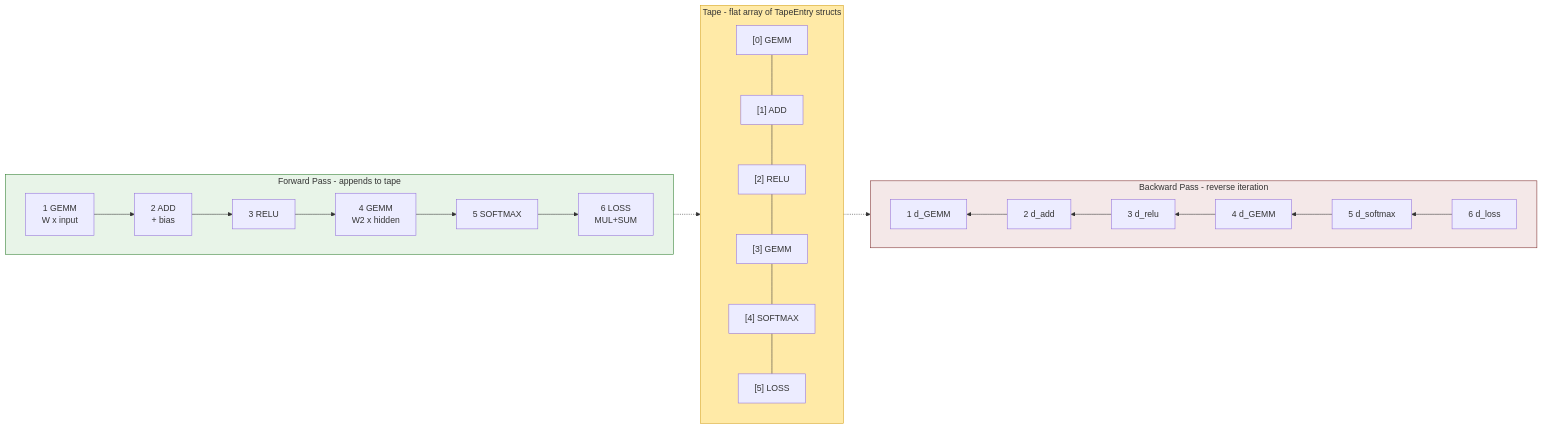
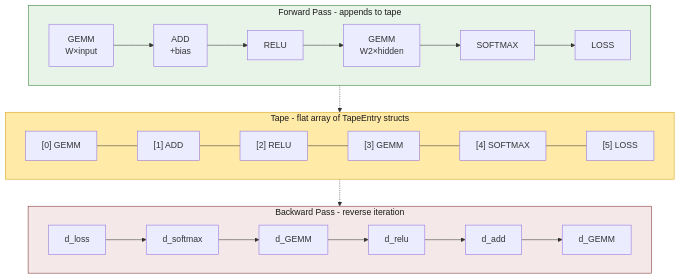
One commit to codevardhan/codevardhan.github.io changed the third of 13 diagrams in src/content/projects/paragrad-engine.md. Above: the diagram before and after it, drawn with Mermaid. The commit also changed other lines of this file and 4 other files, not shown here.

````diff
--- a/src/content/projects/paragrad-engine.md
+++ b/src/content/projects/paragrad-engine.md
@@ -147,22 +124,20 @@
 ```mermaid
-graph LR
+graph TB
     subgraph forward["Forward Pass - appends to tape"]
-        direction LR
-        style forward fill:#e8f4e8,stroke:#2d7d2d
-        F1["1 GEMM<br/>W x input"] --> F2["2 ADD<br/>+ bias"] --> F3["3 RELU"] --> F4["4 GEMM<br/>W2 x hidden"] --> F5["5 SOFTMAX"] --> F6["6 LOSS<br/>MUL+SUM"]
+        style forward fill:#e8f4e8,stroke:#2d7d2d,color:#1a1a1a
+        F1["GEMM<br/>W×input"] --> F2["ADD<br/>+bias"] --> F3["RELU"] --> F4["GEMM<br/>W2×hidden"] --> F5["SOFTMAX"] --> F6["LOSS"]
     end
 
     subgraph tape["Tape - flat array of TapeEntry structs"]
-        style tape fill:#ffeaa7,stroke:#d4a017
-        T1["#91;0#93; GEMM"] --- T2["#91;1#93; ADD"] --- T3["#91;2#93; RELU"] --- T4["#91;3#93; GEMM"] --- T5["#91;4#93; SOFTMAX"] --- T6["#91;5#93; LOSS"]
+        style tape fill:#ffeaa7,stroke:#d4a017,color:#1a1a1a
+        T1["[0] GEMM"] --- T2["[1] ADD"] --- T3["[2] RELU"] --- T4["[3] GEMM"] --- T5["[4] SOFTMAX"] --- T6["[5] LOSS"]
     end
 
     subgraph backward["Backward Pass - reverse iteration"]
-        direction RL
-        style backward fill:#f4e8e8,stroke:#7d2d2d
-        B6["6 d_loss"] --> B5["5 d_softmax"] --> B4["4 d_GEMM"] --> B3["3 d_relu"] --> B2["2 d_add"] --> B1["1 d_GEMM"]
+        style backward fill:#f4e8e8,stroke:#7d2d2d,color:#1a1a1a
+        B6["d_loss"] --> B5["d_softmax"] --> B4["d_GEMM"] --> B3["d_relu"] --> B2["d_add"] --> B1["d_GEMM"]
     end
 
     forward -.-> tape
     tape -.-> backward
 ```
````
